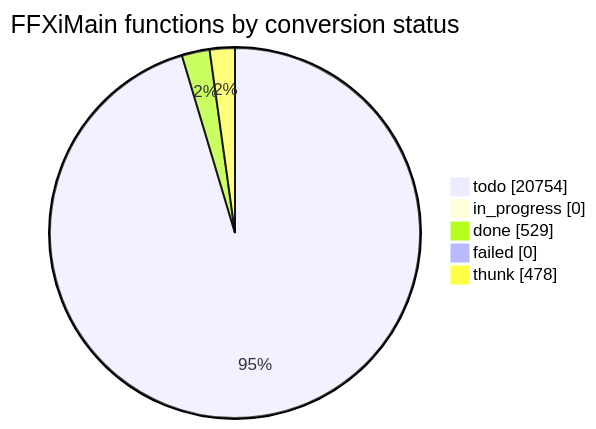
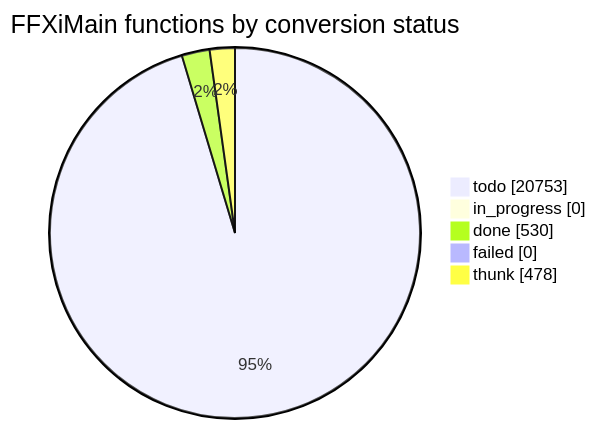
The diagram in docs/cow/STATUS.md (cowrevenge/cow_kuluu_xi_anything), drawn with Mermaid before and after one commit. The commit also changed other lines of this file and 9 other files, not shown here.

````diff
--- a/docs/cow/STATUS.md
+++ b/docs/cow/STATUS.md
@@ -18,9 +18,9 @@
 ```mermaid
 pie showData
     title FFXiMain functions by conversion status
-    "todo" : 20754
+    "todo" : 20753
     "in_progress" : 0
-    "done" : 529
+    "done" : 530
     "failed" : 0
     "thunk" : 478
 ```
````
